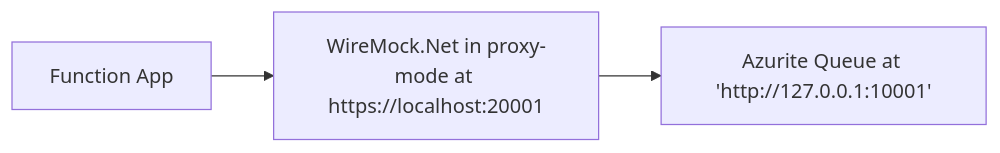
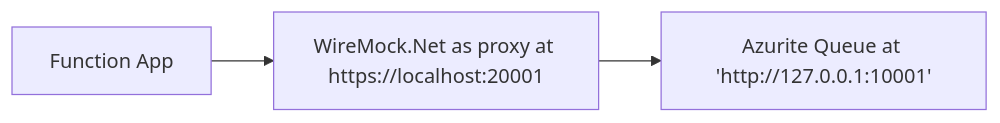
Before and after one commit to WireMock-Net/WireMock.Net-examples: the third of 4 diagrams in README.md, drawn with Mermaid. The commit also changed other lines of this file, not shown here.

````diff
--- a/README.md
+++ b/README.md
@@ -25,4 +34,4 @@
 ```mermaid
 flowchart LR;
-    A[Function App]-->WM[WireMock.Net in proxy-mode at https://localhost:20001]-->Q[Azurite Queue at 'http://127.0.0.1:10001']
+    A[Function App]-->WM[WireMock.Net as proxy at https://localhost:20001]-->Q[Azurite Queue at 'http://127.0.0.1:10001']
 ```
````
